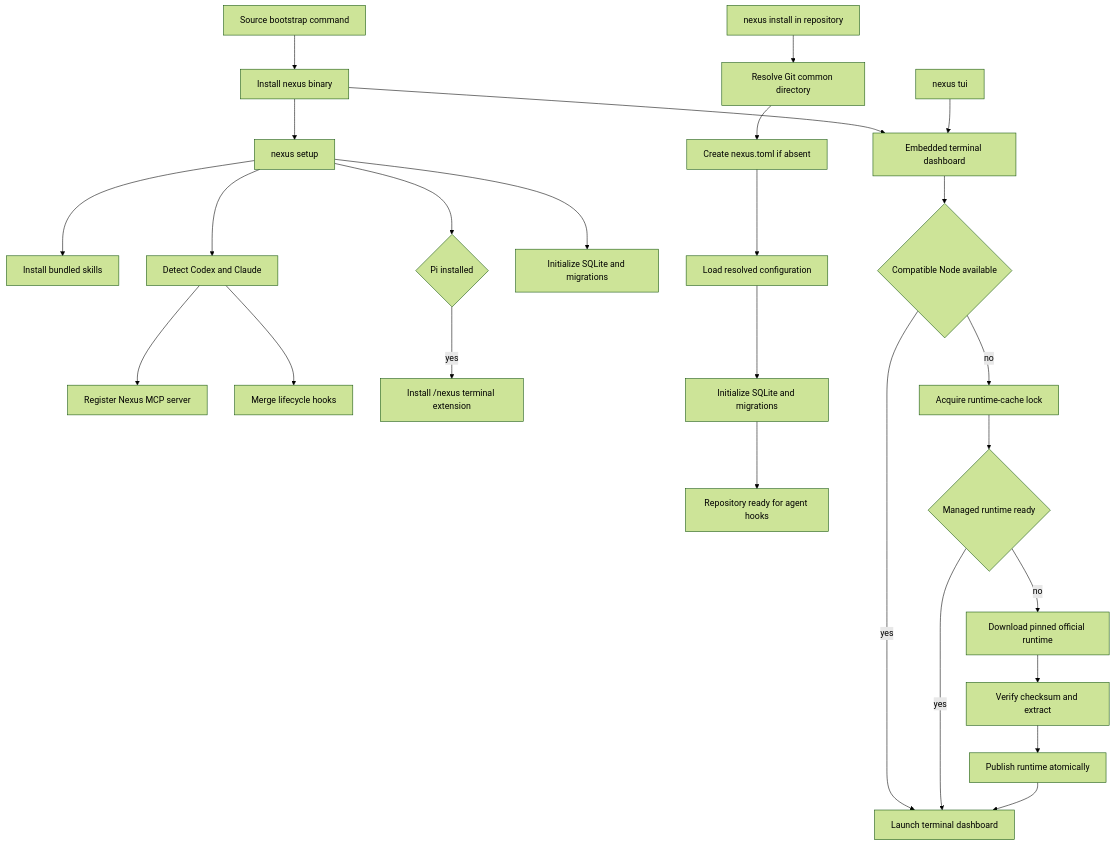
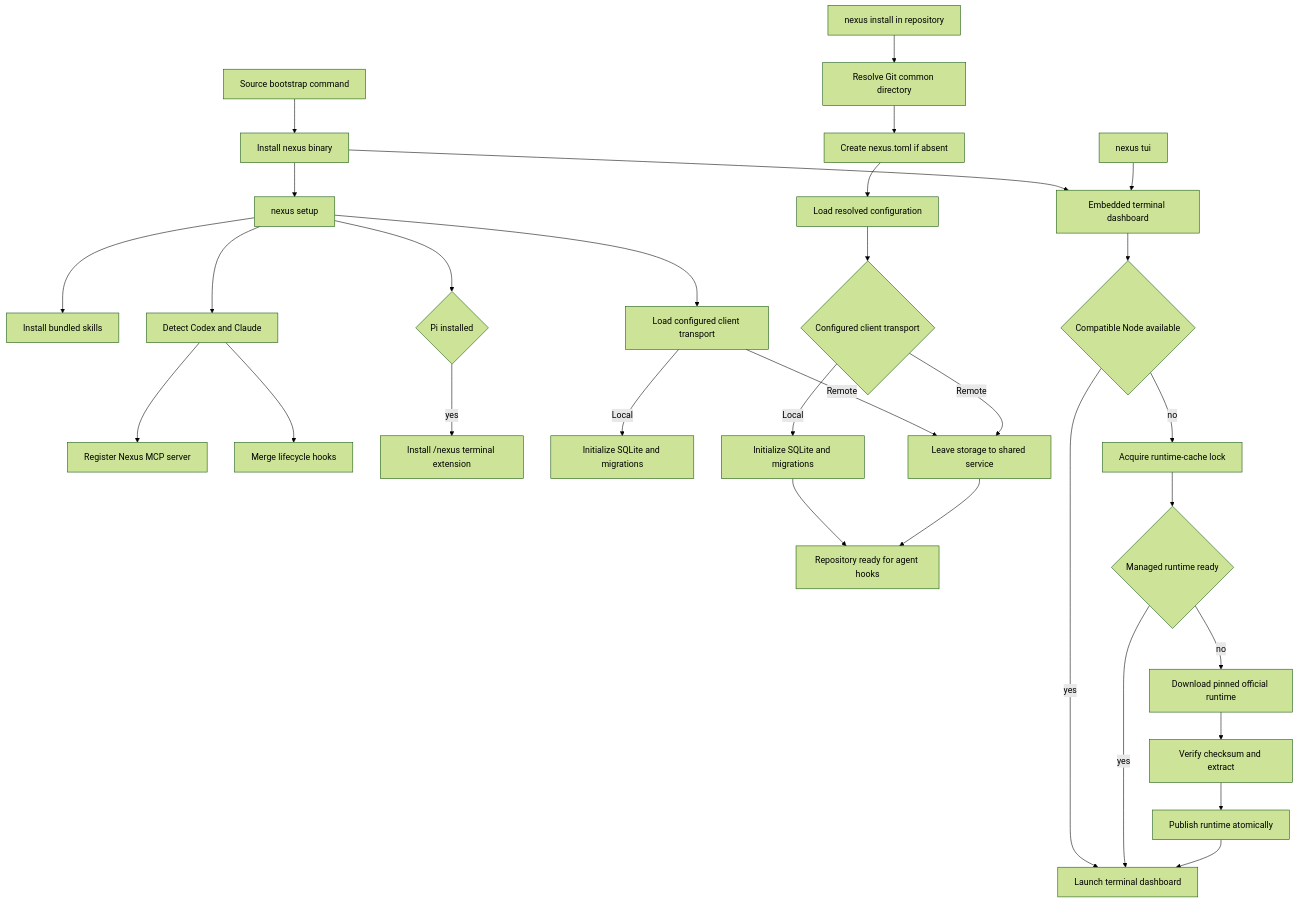
One commit to warrenronsiek/nexus changed the diagram in docs/features/installation.md. Above: the diagram before and after it, drawn with Mermaid (forest theme). The commit also changed other lines of this file and 202 other files, not shown here.

Commit message:
Add shared Postgres service and SOS triage (#8)

````diff
--- a/docs/features/installation.md
+++ b/docs/features/installation.md
@@ -17,28 +19,33 @@
 ```mermaid
 flowchart TD
     A[Source bootstrap command] --> B[Install nexus binary]
     B --> C[nexus setup]
     C --> D[Install bundled skills]
     C --> E[Detect Codex and Claude]
     E --> F[Register Nexus MCP server]
     E --> G[Merge lifecycle hooks]
     C --> O{Pi installed}
     O -->|yes| P[Install /nexus terminal extension]
-    C --> H[Initialize SQLite and migrations]
+    C --> AA[Load configured client transport]
+    AA -->|Local| H[Initialize SQLite and migrations]
+    AA -->|Remote| AB[Leave storage to shared service]
     I[nexus install in repository] --> J[Resolve Git common directory]
     J --> K[Create nexus.toml if absent]
     K --> L[Load resolved configuration]
-    L --> M[Initialize SQLite and migrations]
+    L --> AC{Configured client transport}
+    AC -->|Local| M[Initialize SQLite and migrations]
+    AC -->|Remote| AB
     M --> N[Repository ready for agent hooks]
+    AB --> N
     B --> Q[Embedded terminal dashboard]
     R[nexus tui] --> Q
     Q --> S{Compatible Node available}
     S -->|yes| T[Launch terminal dashboard]
     S -->|no| U[Acquire runtime-cache lock]
     U --> V{Managed runtime ready}
     V -->|yes| T
     V -->|no| W[Download pinned official runtime]
     W --> X[Verify checksum and extract]
     X --> Y[Publish runtime atomically]
     Y --> T
 ```
````
